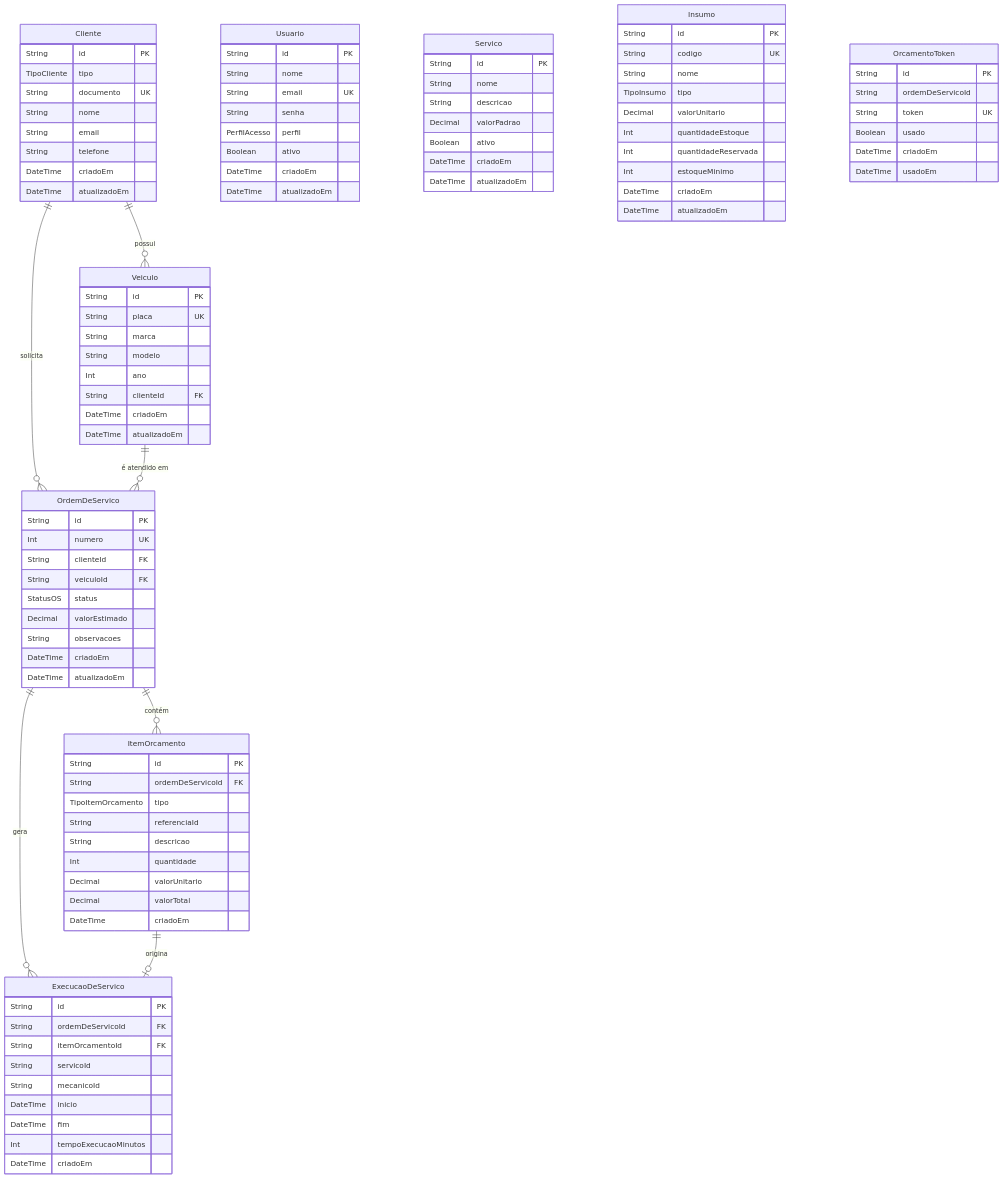
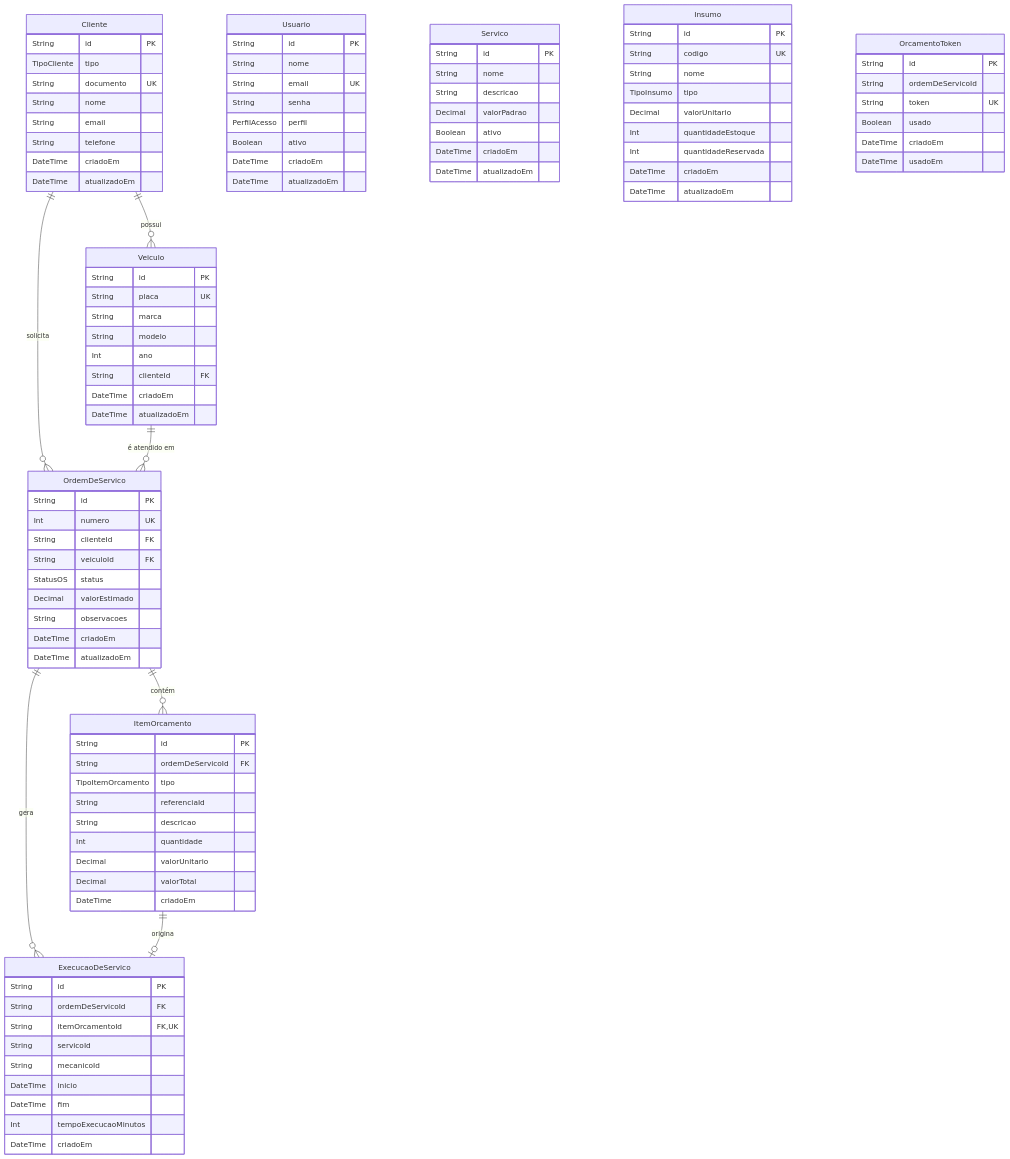
Before and after one commit to Os-Desacoplados-Pos-Tech-SOAP-FIAP/tech_challange_1: the diagram in docs/der.mermaid, drawn with Mermaid.

Commit message:
docs(der): :memo: align entity-relationship diagram with prisma schema

```diff
--- a/docs/der.mermaid
+++ b/docs/der.mermaid
@@ -1,109 +1,108 @@
 erDiagram
 
     Cliente {
         String id PK
         TipoCliente tipo
         String documento UK
         String nome
         String email
         String telefone
         DateTime criadoEm
         DateTime atualizadoEm
     }
 
     Veiculo {
         String id PK
         String placa UK
         String marca
         String modelo
         Int ano
         String clienteId FK
         DateTime criadoEm
         DateTime atualizadoEm
     }
 
     Usuario {
         String id PK
         String nome
         String email UK
         String senha
         PerfilAcesso perfil
         Boolean ativo
         DateTime criadoEm
         DateTime atualizadoEm
     }
 
     Servico {
         String id PK
         String nome
         String descricao
         Decimal valorPadrao
         Boolean ativo
         DateTime criadoEm
         DateTime atualizadoEm
     }
 
     Insumo {
         String id PK
         String codigo UK
         String nome
         TipoInsumo tipo
         Decimal valorUnitario
         Int quantidadeEstoque
         Int quantidadeReservada
-        Int estoqueMinimo
         DateTime criadoEm
         DateTime atualizadoEm
     }
 
     OrdemDeServico {
         String id PK
         Int numero UK
         String clienteId FK
         String veiculoId FK
         StatusOS status
         Decimal valorEstimado
         String observacoes
         DateTime criadoEm
         DateTime atualizadoEm
     }
 
     ItemOrcamento {
         String id PK
         String ordemDeServicoId FK
         TipoItemOrcamento tipo
         String referenciaId
         String descricao
         Int quantidade
         Decimal valorUnitario
         Decimal valorTotal
         DateTime criadoEm
     }
 
     ExecucaoDeServico {
         String id PK
         String ordemDeServicoId FK
-        String itemOrcamentoId FK
+        String itemOrcamentoId FK,UK
         String servicoId
         String mecanicoId
         DateTime inicio
         DateTime fim
         Int tempoExecucaoMinutos
         DateTime criadoEm
     }
 
     OrcamentoToken {
         String id PK
         String ordemDeServicoId
         String token UK
         Boolean usado
         DateTime criadoEm
         DateTime usadoEm
     }
 
     Cliente ||--o{ Veiculo : "possui"
     Cliente ||--o{ OrdemDeServico : "solicita"
     Veiculo ||--o{ OrdemDeServico : "é atendido em"
     OrdemDeServico ||--o{ ItemOrcamento : "contém"
     OrdemDeServico ||--o{ ExecucaoDeServico : "gera"
     ItemOrcamento ||--o| ExecucaoDeServico : "origina"
```
